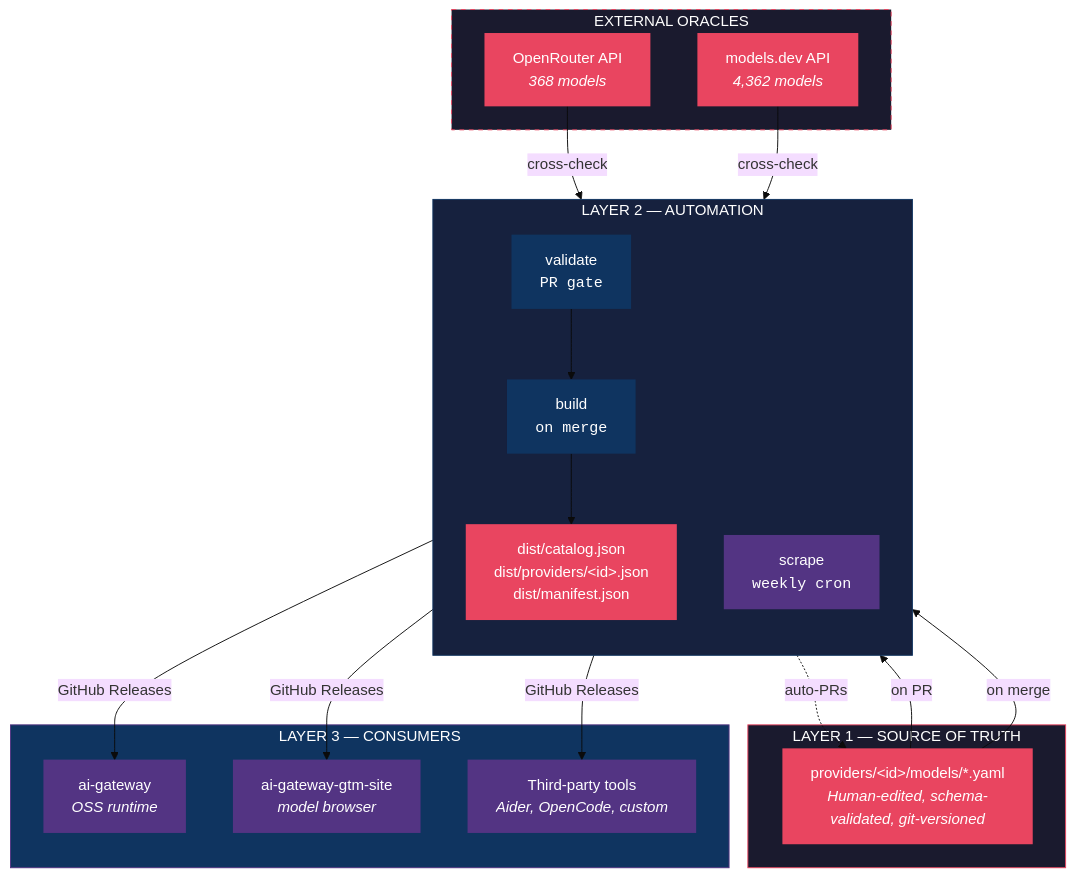
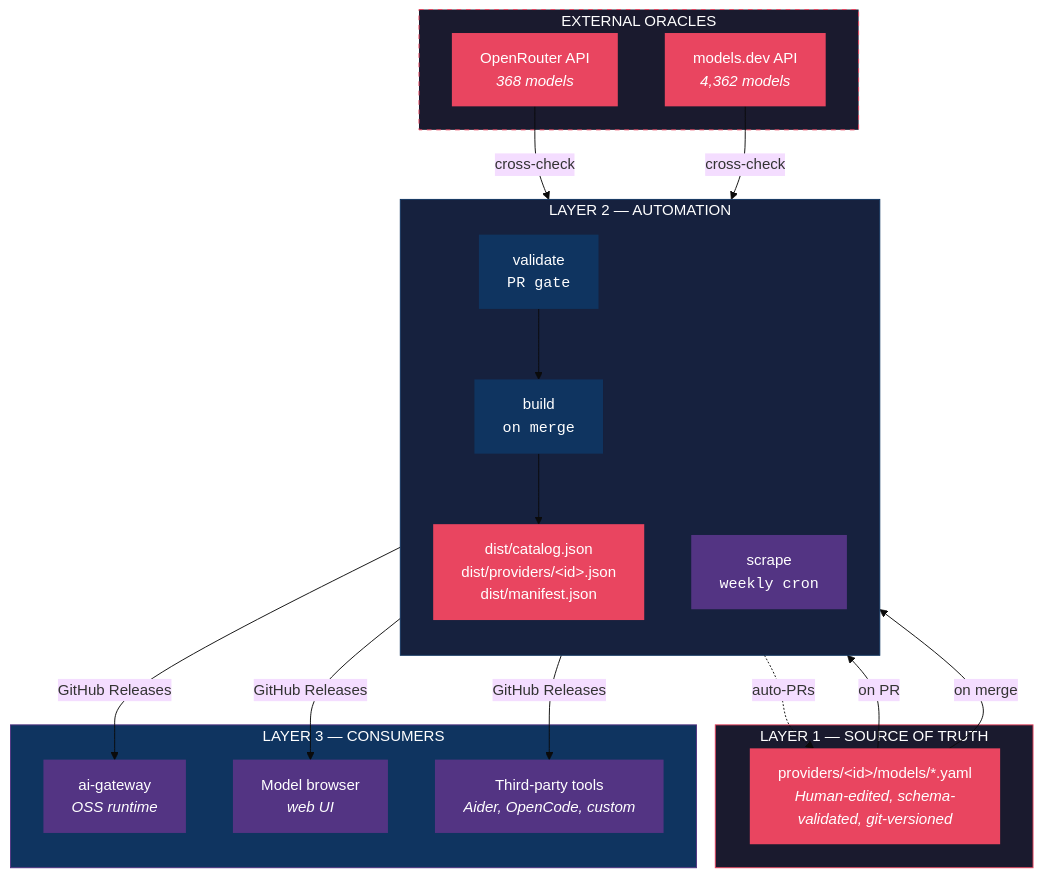
One commit to ferro-labs/model-catalog changed the first of 2 diagrams in docs/architecture.md. Above: the diagram before and after it, drawn with Mermaid (base theme). The commit also changed 1474 other files, not shown here.

````diff
--- a/docs/architecture.md
+++ b/docs/architecture.md
@@ -7,51 +7,51 @@
 ```mermaid
 graph TD
     subgraph L1["LAYER 1 — SOURCE OF TRUTH"]
         YAML["providers/&lt;id&gt;/models/*.yaml<br/><i>Human-edited, schema-validated, git-versioned</i>"]
     end
 
     subgraph L2["LAYER 2 — AUTOMATION"]
         direction TB
         VAL["validate<br/><code>PR gate</code>"]
         BUILD["build<br/><code>on merge</code>"]
         SCRAPE["scrape<br/><code>weekly cron</code>"]
         DIST["dist/catalog.json<br/>dist/providers/&lt;id&gt;.json<br/>dist/manifest.json"]
 
         VAL --> BUILD --> DIST
         SCRAPE -.->|"auto-PRs"| YAML
     end
 
     subgraph L3["LAYER 3 — CONSUMERS"]
         GW["ai-gateway<br/><i>OSS runtime</i>"]
-        GTM["ai-gateway-gtm-site<br/><i>model browser</i>"]
+        GTM["Model browser<br/><i>web UI</i>"]
         THIRD["Third-party tools<br/><i>Aider, OpenCode, custom</i>"]
     end
 
     subgraph ORACLES["EXTERNAL ORACLES"]
         OR["OpenRouter API<br/><i>368 models</i>"]
         MD["models.dev API<br/><i>4,362 models</i>"]
     end
 
     YAML -->|"on PR"| VAL
     YAML -->|"on merge"| BUILD
     DIST -->|"GitHub Releases"| GW
     DIST -->|"GitHub Releases"| GTM
     DIST -->|"GitHub Releases"| THIRD
     OR -->|"cross-check"| SCRAPE
     MD -->|"cross-check"| SCRAPE
 
     style L1 fill:#1a1a2e,stroke:#e94560,color:#fff
     style L2 fill:#16213e,stroke:#0f3460,color:#fff
     style L3 fill:#0f3460,stroke:#533483,color:#fff
     style ORACLES fill:#1a1a2e,stroke:#e94560,color:#fff,stroke-dasharray: 5 5
     style YAML fill:#e94560,color:#fff,stroke:none
     style VAL fill:#0f3460,color:#fff,stroke:none
     style BUILD fill:#0f3460,color:#fff,stroke:none
     style SCRAPE fill:#533483,color:#fff,stroke:none
     style DIST fill:#e94560,color:#fff,stroke:none
     style GW fill:#533483,color:#fff,stroke:none
     style GTM fill:#533483,color:#fff,stroke:none
     style THIRD fill:#533483,color:#fff,stroke:none
     style OR fill:#e94560,color:#fff,stroke:none
     style MD fill:#e94560,color:#fff,stroke:none
 ```
````
